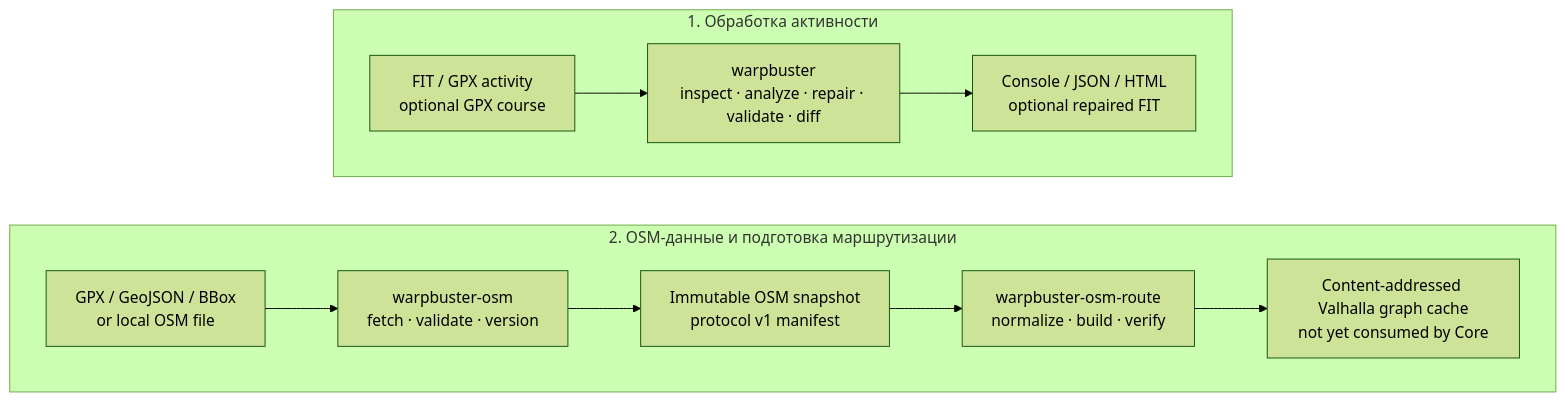
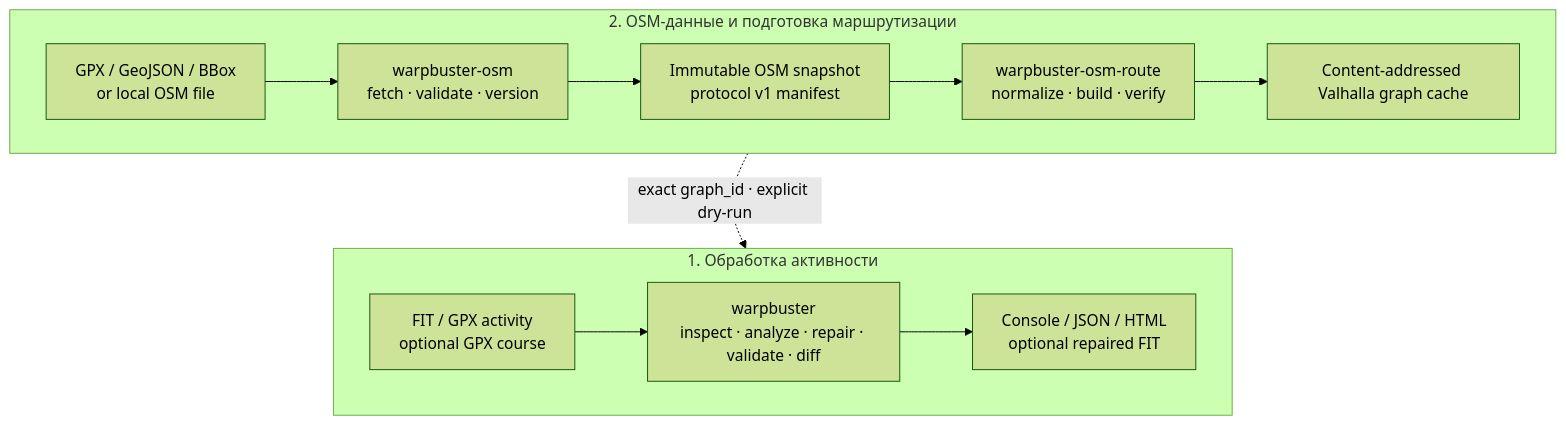
Before and after one commit to zloynemec/warpbuster: the diagram in docs/ARCHITECTURE.md, drawn with Mermaid (forest theme). The commit also changed other lines of this file and 20 other files, not shown here.

Commit message:
feat: add OSM reconstruction candidate dry-run

````diff
--- a/docs/ARCHITECTURE.md
+++ b/docs/ARCHITECTURE.md
@@ -9,25 +9,27 @@
 ```mermaid
 flowchart TB
     subgraph activity["1. Обработка активности"]
         direction LR
         activity_input["FIT / GPX activity<br/>optional GPX course"]
         core["warpbuster<br/>inspect · analyze · repair · validate · diff"]
         core_output["Console / JSON / HTML<br/>optional repaired FIT"]
 
         activity_input --> core --> core_output
     end
 
     subgraph osm_pipeline["2. OSM-данные и подготовка маршрутизации"]
         direction LR
         region_input["GPX / GeoJSON / BBox<br/>or local OSM file"]
         manager["warpbuster-osm<br/>fetch · validate · version"]
         snapshot["Immutable OSM snapshot<br/>protocol v1 manifest"]
         router["warpbuster-osm-route<br/>normalize · build · verify"]
-        graph_cache["Content-addressed Valhalla graph cache<br/>not yet consumed by Core"]
+        graph_cache["Content-addressed Valhalla graph cache"]
 
         region_input --> manager --> snapshot --> router --> graph_cache
     end
 
+    graph_cache -. "exact graph_id · explicit dry-run" .-> core
+
     %% Layout only: the two runtime flows remain independent.
     activity ~~~ osm_pipeline
 ```
````
